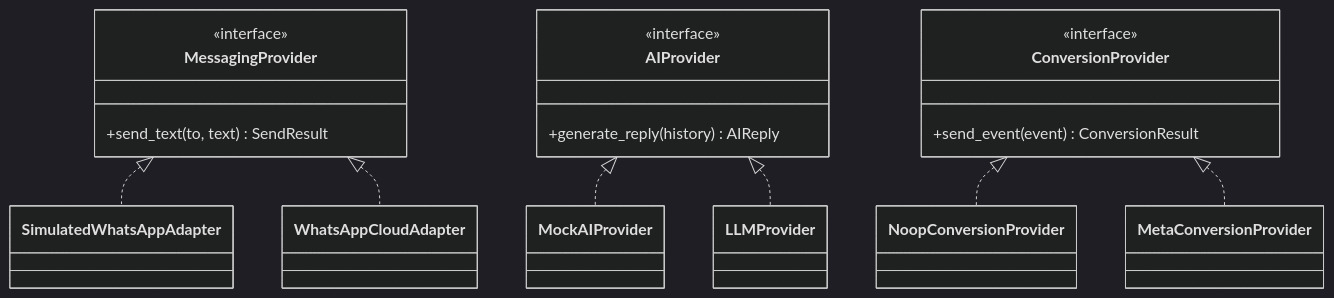
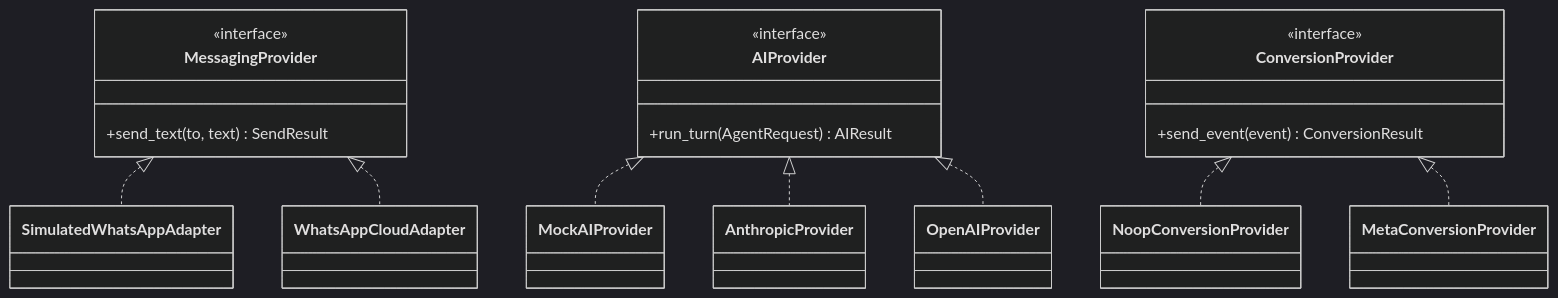
The second of 4 diagrams in docs/ARCHITECTURE.md (rezaalvinff/dipo-ai-lead-management), drawn with Mermaid (dark theme) before and after one commit. The commit also changed other lines of this file and 46 other files, not shown here.

````diff
--- a/docs/ARCHITECTURE.md
+++ b/docs/ARCHITECTURE.md
@@ -108,29 +112,31 @@
 ```mermaid
 classDiagram
     class MessagingProvider {
         <<interface>>
         +send_text(to, text) SendResult
     }
     class SimulatedWhatsAppAdapter
     class WhatsAppCloudAdapter
     MessagingProvider <|.. SimulatedWhatsAppAdapter
     MessagingProvider <|.. WhatsAppCloudAdapter
 
     class AIProvider {
         <<interface>>
-        +generate_reply(history) AIReply
+        +run_turn(AgentRequest) AIResult
     }
     class MockAIProvider
-    class LLMProvider
+    class AnthropicProvider
+    class OpenAIProvider
     AIProvider <|.. MockAIProvider
-    AIProvider <|.. LLMProvider
+    AIProvider <|.. AnthropicProvider
+    AIProvider <|.. OpenAIProvider
 
     class ConversionProvider {
         <<interface>>
         +send_event(event) ConversionResult
     }
     class NoopConversionProvider
     class MetaConversionProvider
     ConversionProvider <|.. NoopConversionProvider
     ConversionProvider <|.. MetaConversionProvider
 ```
````
